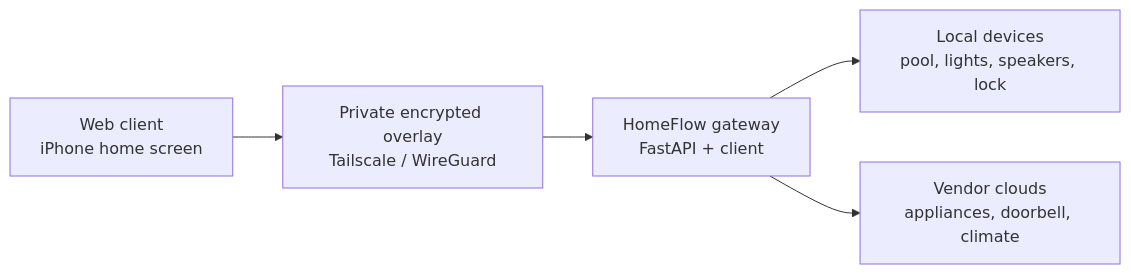
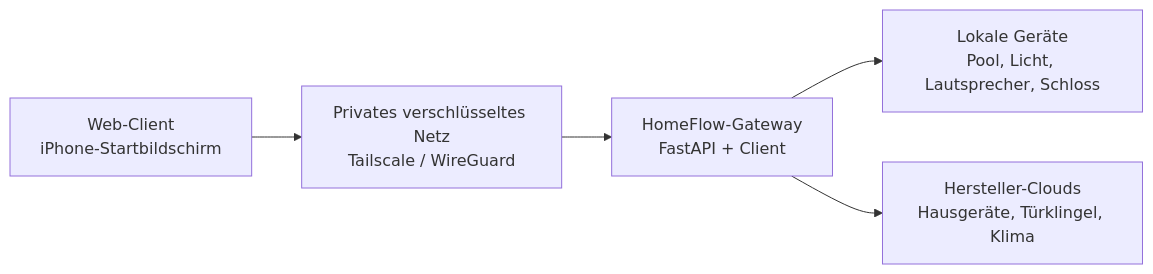
One commit to mariohansen/homeflow changed the first of 3 diagrams in README.md. Above: the diagram before and after it, drawn with Mermaid. The commit also changed other lines of this file and 47 other files, not shown here.

````diff
--- a/README.md
+++ b/README.md
@@ -33,12 +36,12 @@
 ```mermaid
 flowchart LR
-    CLIENT["Web client<br/>iPhone home screen"]
-    VPN["Private encrypted overlay<br/>Tailscale / WireGuard"]
-    GATEWAY["HomeFlow gateway<br/>FastAPI + client"]
-    LOCAL["Local devices<br/>pool, lights, speakers, lock"]
-    CLOUD["Vendor clouds<br/>appliances, doorbell, climate"]
+    CLIENT["Web-Client<br/>iPhone-Startbildschirm"]
+    VPN["Privates verschlüsseltes Netz<br/>Tailscale / WireGuard"]
+    GATEWAY["HomeFlow-Gateway<br/>FastAPI + Client"]
+    LOCAL["Lokale Geräte<br/>Pool, Licht, Lautsprecher, Schloss"]
+    CLOUD["Hersteller-Clouds<br/>Hausgeräte, Türklingel, Klima"]
 
     CLIENT --> VPN --> GATEWAY
     GATEWAY --> LOCAL
     GATEWAY --> CLOUD
 ```
````
